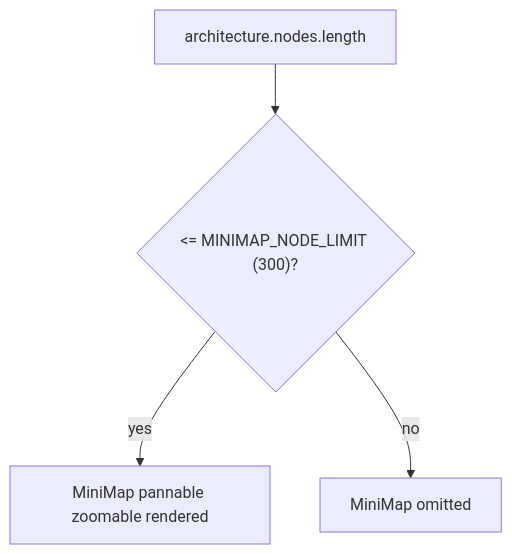
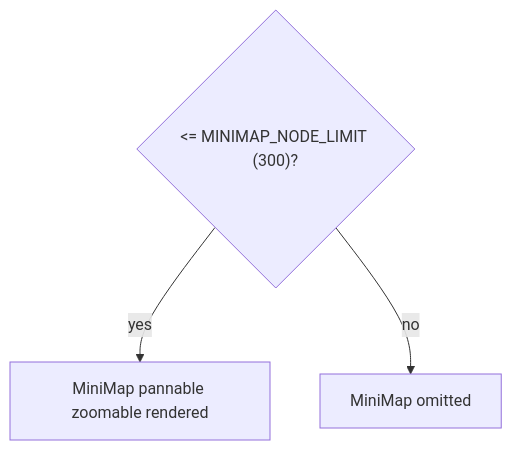
Before and after one commit to jgyy/architect-model: the second of 2 diagrams in docs/categories/minimap-guard.md, drawn with Mermaid. The commit also changed other lines of this file and 31 other files, not shown here.

Commit message:
docs: split mermaids into 2 for easier viewing (#52)

````diff
--- a/docs/categories/minimap-guard.md
+++ b/docs/categories/minimap-guard.md
@@ -7,6 +16,5 @@
 ```mermaid
 flowchart TD
-    A[architecture.nodes.length] --> B{"<= MINIMAP_NODE_LIMIT (300)?"}
-    B -->|yes| C["MiniMap pannable zoomable rendered"]
+    B{"<= MINIMAP_NODE_LIMIT (300)?"} -->|yes| C["MiniMap pannable zoomable rendered"]
     B -->|no| D[MiniMap omitted]
 ```
````
